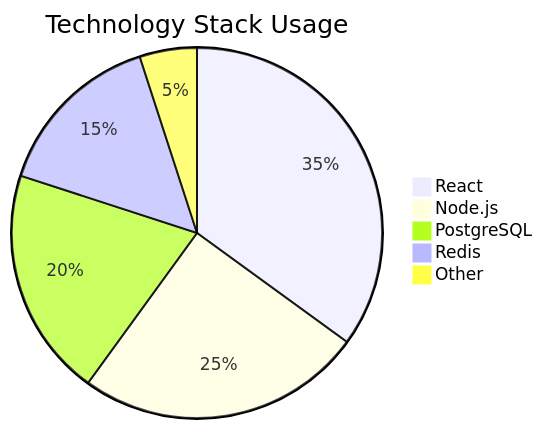
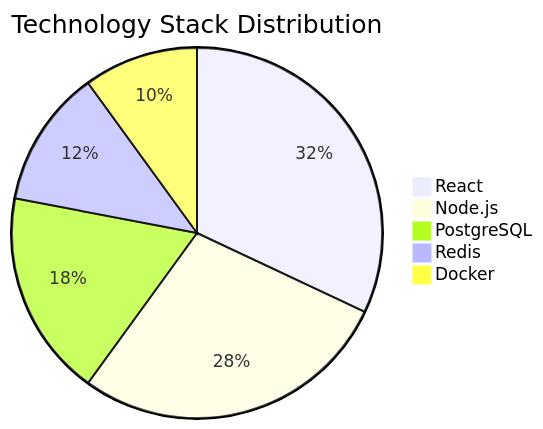
Before and after one commit to modu-ai/moai-adk: diagram 15 of 27 in .claude/skills/moai-mermaid-diagram-expert/SKILL.md, drawn with Mermaid. The commit also changed other lines of this file and 13 other files, not shown here.

First line of the commit message:
refactor(skill): consolidate mermaid-diagram-expert to v5.0.0 with uv run support

````diff
--- a/.claude/skills/moai-mermaid-diagram-expert/SKILL.md
+++ b/.claude/skills/moai-mermaid-diagram-expert/SKILL.md
@@ -78,8 +666,8 @@
 ```mermaid
-pie title Technology Stack Usage
-    "React" : 35
-    "Node.js" : 25
-    "PostgreSQL" : 20
-    "Redis" : 15
-    "Other" : 5
+pie title Technology Stack Distribution
+    "React" : 32
+    "Node.js" : 28
+    "PostgreSQL" : 18
+    "Redis" : 12
+    "Docker" : 10
 ```
````
